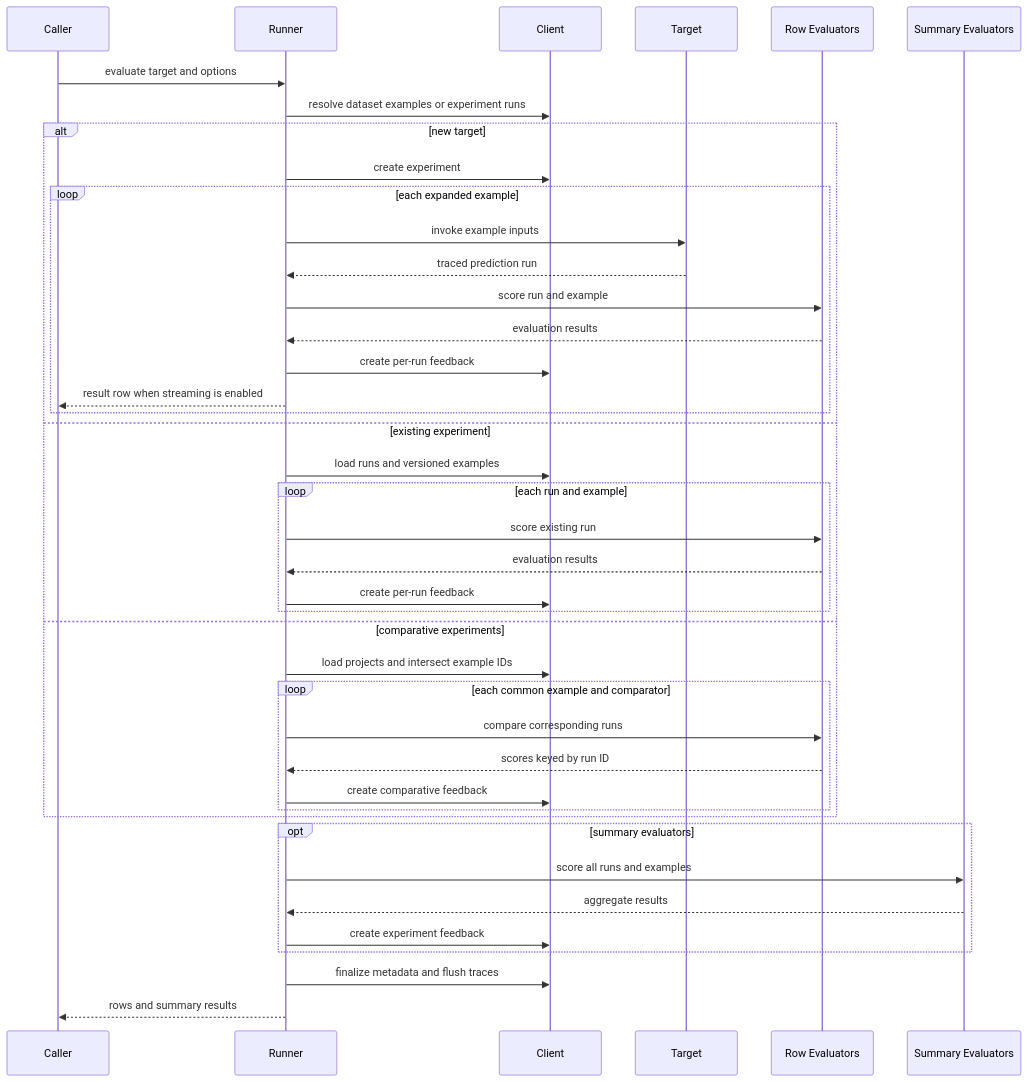
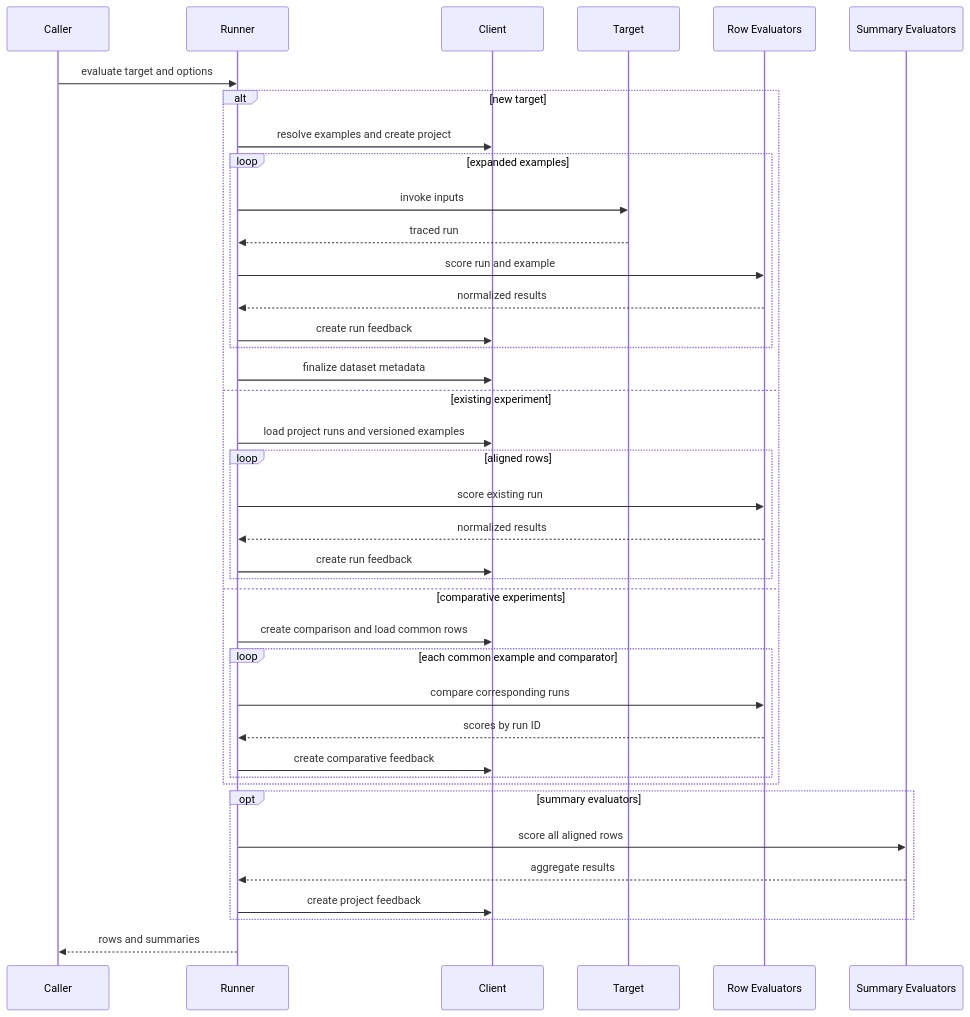
The diagram in openwiki/workflows/evaluation-and-experiments.md (langchain-ai/langsmith-sdk), drawn with Mermaid before and after one commit. The commit also changed other lines of this file and 13 other files, not shown here.

````diff
--- a/openwiki/workflows/evaluation-and-experiments.md
+++ b/openwiki/workflows/evaluation-and-experiments.md
@@ -47,44 +47,42 @@
 ```mermaid
 sequenceDiagram
     participant Caller
     participant Runner
     participant Client
     participant Target
     participant RowEval as Row Evaluators
     participant SummaryEval as Summary Evaluators
 
     Caller->>Runner: evaluate target and options
-    Runner->>Client: resolve dataset examples or experiment runs
     alt new target
-        Runner->>Client: create experiment
-        loop each expanded example
-            Runner->>Target: invoke example inputs
-            Target-->>Runner: traced prediction run
+        Runner->>Client: resolve examples and create project
+        loop expanded examples
+            Runner->>Target: invoke inputs
+            Target-->>Runner: traced run
             Runner->>RowEval: score run and example
-            RowEval-->>Runner: evaluation results
-            Runner->>Client: create per-run feedback
-            Runner-->>Caller: result row when streaming is enabled
+            RowEval-->>Runner: normalized results
+            Runner->>Client: create run feedback
         end
+        Runner->>Client: finalize dataset metadata
     else existing experiment
-        Runner->>Client: load runs and versioned examples
-        loop each run and example
+        Runner->>Client: load project runs and versioned examples
+        loop aligned rows
             Runner->>RowEval: score existing run
-            RowEval-->>Runner: evaluation results
-            Runner->>Client: create per-run feedback
+            RowEval-->>Runner: normalized results
+            Runner->>Client: create run feedback
         end
     else comparative experiments
-        Runner->>Client: load projects and intersect example IDs
+        Runner->>Client: create comparison and load common rows
         loop each common example and comparator
             Runner->>RowEval: compare corresponding runs
-            RowEval-->>Runner: scores keyed by run ID
+            RowEval-->>Runner: scores by run ID
             Runner->>Client: create comparative feedback
         end
     end
     opt summary evaluators
-        Runner->>SummaryEval: score all runs and examples
+        Runner->>SummaryEval: score all aligned rows
         SummaryEval-->>Runner: aggregate results
-        Runner->>Client: create experiment feedback
+        Runner->>Client: create project feedback
     end
-    Runner->>Client: finalize metadata and flush traces
-    Runner-->>Caller: rows and summary results
+    Runner-->>Caller: rows and summaries
 ```
````
